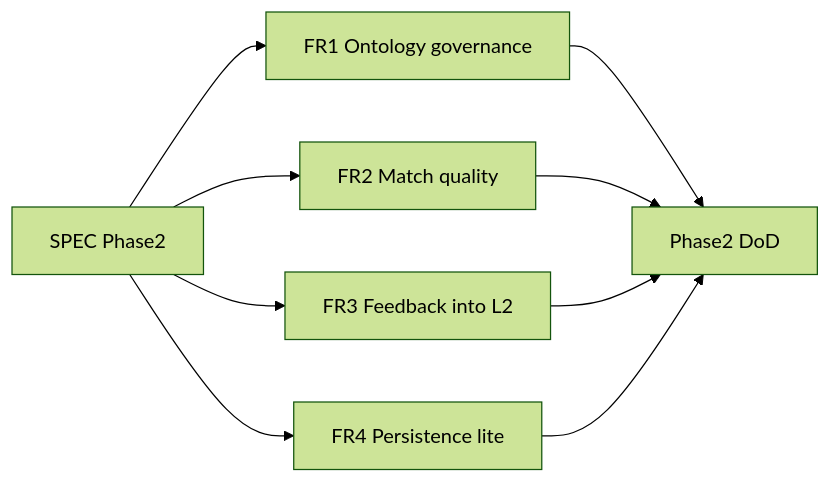
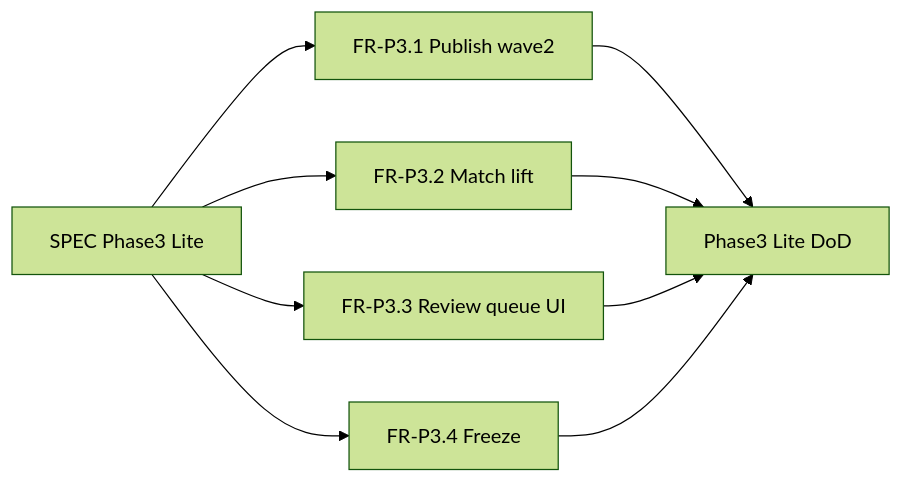
Before and after one commit to vanithar75/presales-intelligence-tools: the first of 2 diagrams in SPEC.md, drawn with Mermaid (forest theme). The commit also changed other lines of this file and 64 other files, not shown here.

First line of the commit message:
Complete Phase 2–6 Lite: L1 publish governance, CAD/NG911 PSAP loop, Sensors, and match eval.

````diff
--- a/SPEC.md
+++ b/SPEC.md
@@ -69,11 +77,11 @@
 ```mermaid
 flowchart LR
-  Spec["SPEC Phase2"] --> G1["FR1 Ontology governance"]
-  Spec --> G2["FR2 Match quality"]
-  Spec --> G3["FR3 Feedback into L2"]
-  Spec --> G4["FR4 Persistence lite"]
-  G1 --> DoD["Phase2 DoD"]
-  G2 --> DoD
-  G3 --> DoD
-  G4 --> DoD
+  Spec["SPEC Phase3 Lite"] --> P1["FR-P3.1 Publish wave2"]
+  Spec --> P2["FR-P3.2 Match lift"]
+  Spec --> P3["FR-P3.3 Review queue UI"]
+  Spec --> P4["FR-P3.4 Freeze"]
+  P1 --> DoD["Phase3 Lite DoD"]
+  P2 --> DoD
+  P3 --> DoD
+  P4 --> DoD
 ```
````
